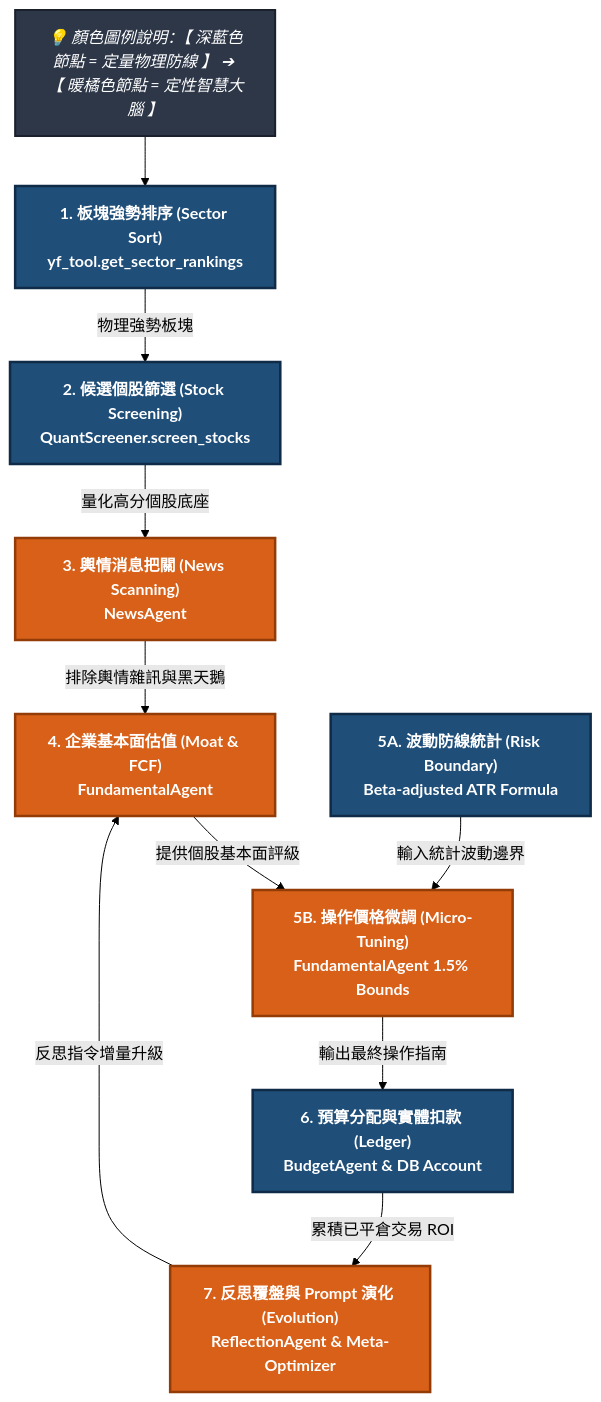
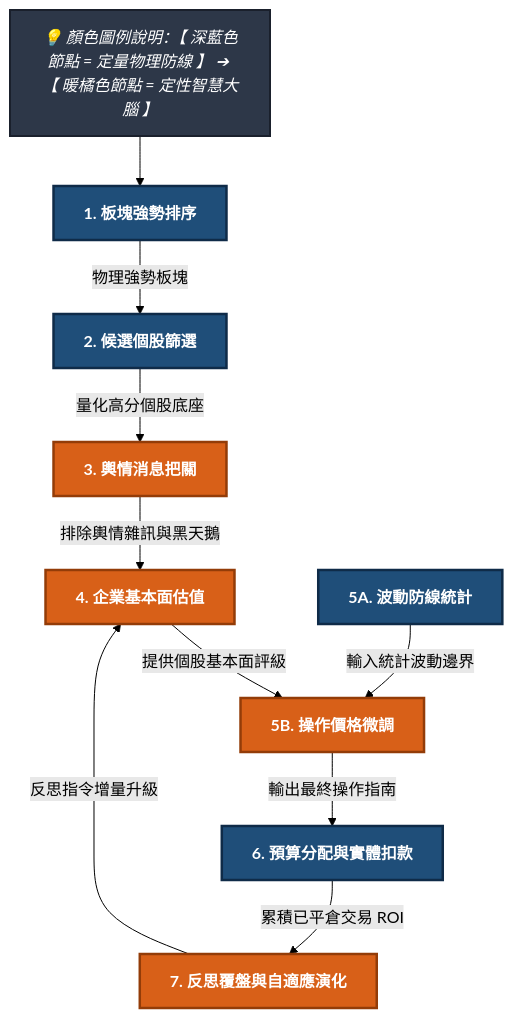
One commit to sunghsukuo/Aegis-MAQS changed the diagram in docs/Aegis-MAQS_Introduction.md. Above: the diagram before and after it, drawn with Mermaid (forest theme). The commit also changed other lines of this file and 4 other files, not shown here.

````diff
--- a/docs/Aegis-MAQS_Introduction.md
+++ b/docs/Aegis-MAQS_Introduction.md
@@ -67,37 +67,37 @@
 ```mermaid
 graph TD
     %% 定義定量（深藍）與定性（暖橘）的專屬高質感樣式
     classDef quant fill:#1f4e79,stroke:#0f2b48,stroke-width:2.5px,color:#ffffff,font-weight:bold;
     classDef qual fill:#d86018,stroke:#933c08,stroke-width:2.5px,color:#ffffff,font-weight:bold;
     classDef system fill:#2d3748,stroke:#1a202c,stroke-width:2px,color:#ffffff,font-style:italic;
 
     %% 圖例說明
     Note["💡 顏色圖例說明：【 深藍色節點 = 定量物理防線 】 ➔ 【 暖橘色節點 = 定性智慧大腦 】"]:::system
 
     %% 順序執行節點
-    S1["1. 板塊強勢排序 (Sector Sort)<br>yf_tool.get_sector_rankings"]:::quant
-    S2["2. 候選個股篩選 (Stock Screening)<br>QuantScreener.screen_stocks"]:::quant
-    S3["3. 輿情消息把關 (News Scanning)<br>NewsAgent"]:::qual
-    S4["4. 企業基本面估值 (Moat & FCF)<br>FundamentalAgent"]:::qual
+    S1["1. 板塊強勢排序"]:::quant
+    S2["2. 候選個股篩選"]:::quant
+    S3["3. 輿情消息把關"]:::qual
+    S4["4. 企業基本面估值"]:::qual
     
     %% 風險防線分支 (5A與5B在此匯合)
-    S5A["5A. 波動防線統計 (Risk Boundary)<br>Beta-adjusted ATR Formula"]:::quant
-    S5B["5B. 操作價格微調 (Micro-Tuning)<br>FundamentalAgent 1.5% Bounds"]:::qual
+    S5A["5A. 波動防線統計"]:::quant
+    S5B["5B. 操作價格微調"]:::qual
     
-    S6["6. 預算分配與實體扣款 (Ledger)<br>BudgetAgent & DB Account"]:::quant
-    S7["7. 反思覆盤與 Prompt 演化 (Evolution)<br>ReflectionAgent & Meta-Optimizer"]:::qual
+    S6["6. 預算分配與實體扣款"]:::quant
+    S7["7. 反思覆盤與自適應演化"]:::qual
 
     %% 連線關係（線性管線）
     Note --> S1
     S1 -->|物理強勢板塊| S2
     S2 -->|量化高分個股底座| S3
     S3 -->|排除輿情雜訊與黑天鵝| S4
     
     %% 停損停利動態支線與主線匯合
     S4 -->|提供個股基本面評級| S5B
     S5A -->|輸入統計波動邊界| S5B
     
     S5B -->|輸出最終操作指南| S6
     S6 -->|累積已平倉交易 ROI| S7
     S7 -->|反思指令增量升級| S4
 ```
````
